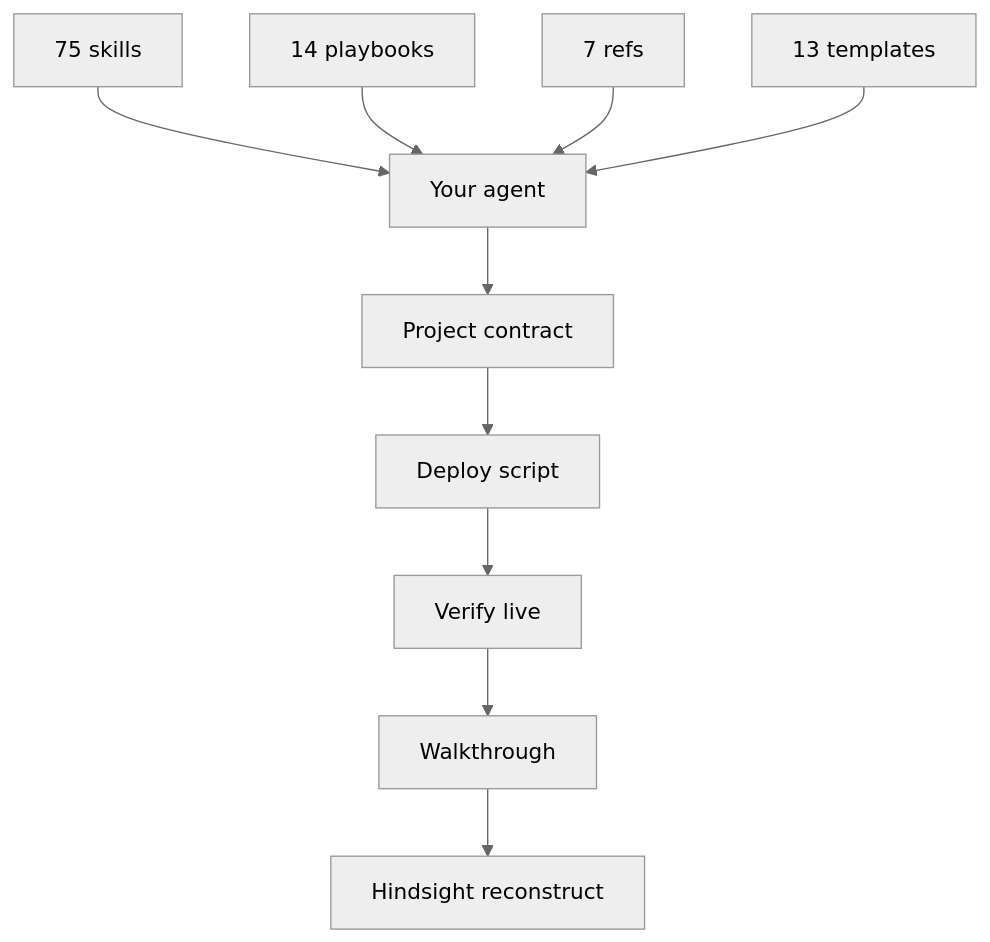
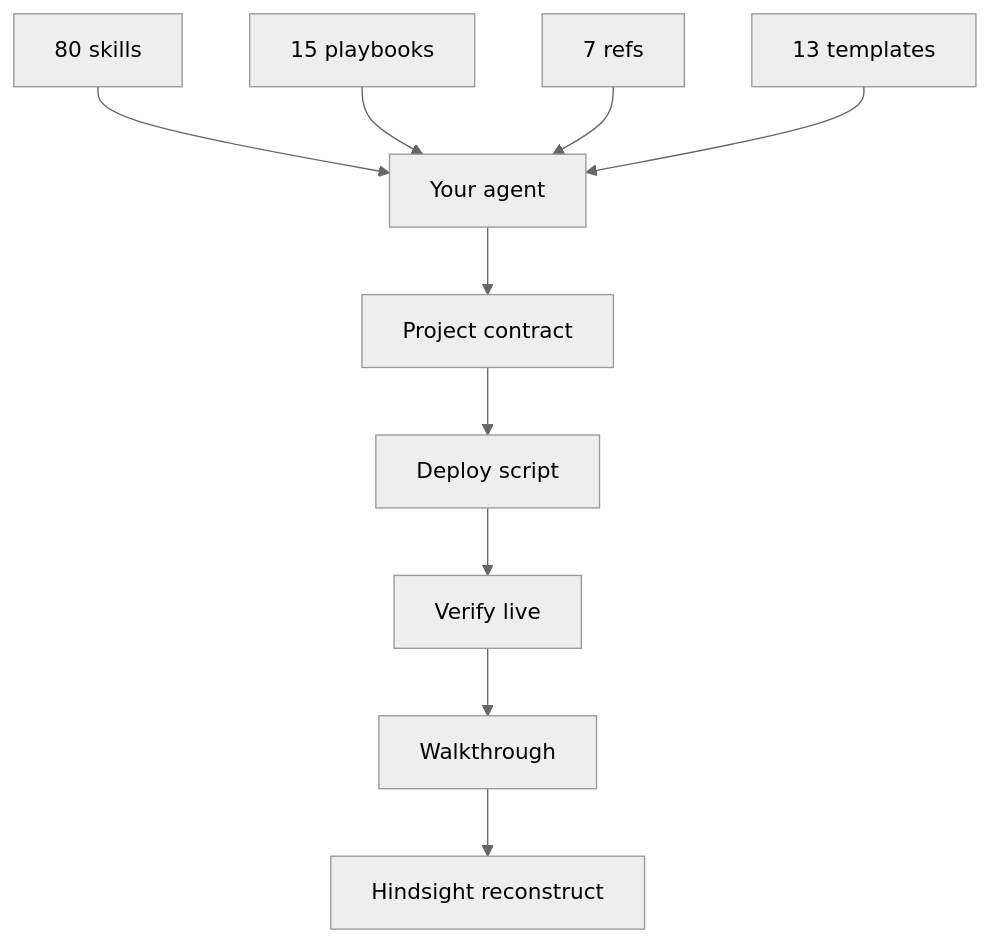
One commit to Nonarkara/dr-non-vibecoding-skills changed the third of 3 diagrams in README.md. Above: the diagram before and after it, drawn with Mermaid (neutral theme). The commit also changed other lines of this file and 22 other files, not shown here.

````diff
--- a/README.md
+++ b/README.md
@@ -318,12 +342,12 @@
 ```mermaid
 flowchart TB
-  S["75 skills"] --> A["Your agent"]
-  P["14 playbooks"] --> A
+  S["80 skills"] --> A["Your agent"]
+  P["15 playbooks"] --> A
   R["7 refs"] --> A
   T["13 templates"] --> A
   A --> W["Project contract"]
   W --> D["Deploy script"]
   D --> V["Verify live"]
   V --> H["Walkthrough"]
   H --> L["Hindsight reconstruct"]
 ```
````
